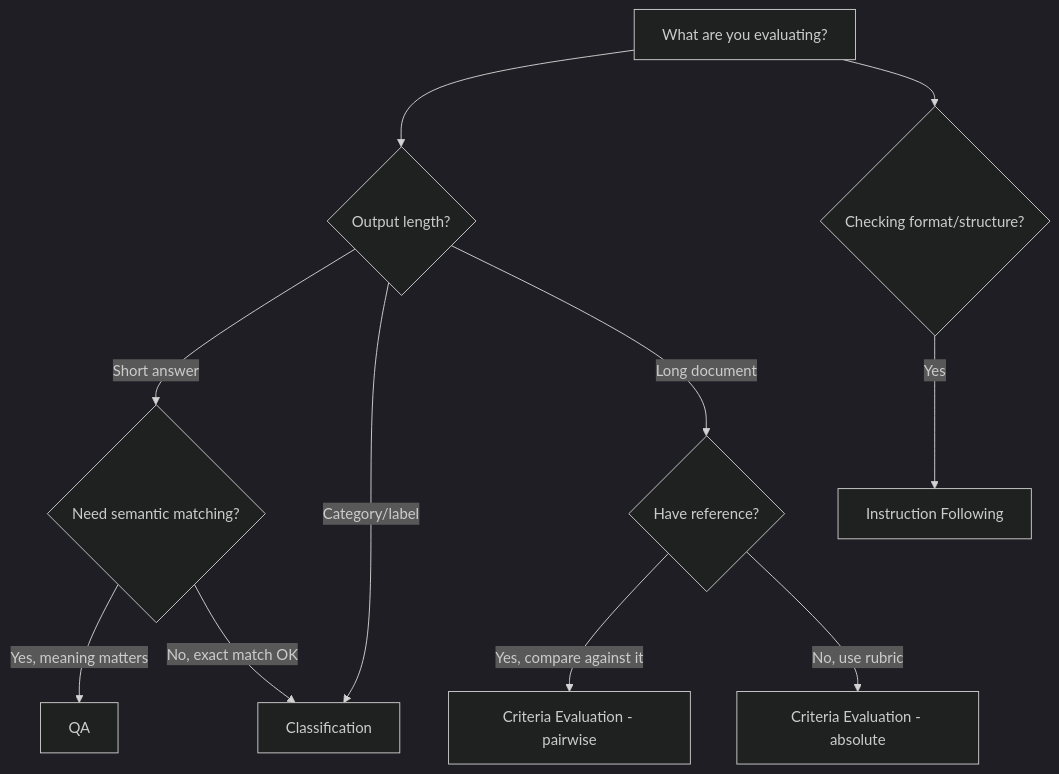
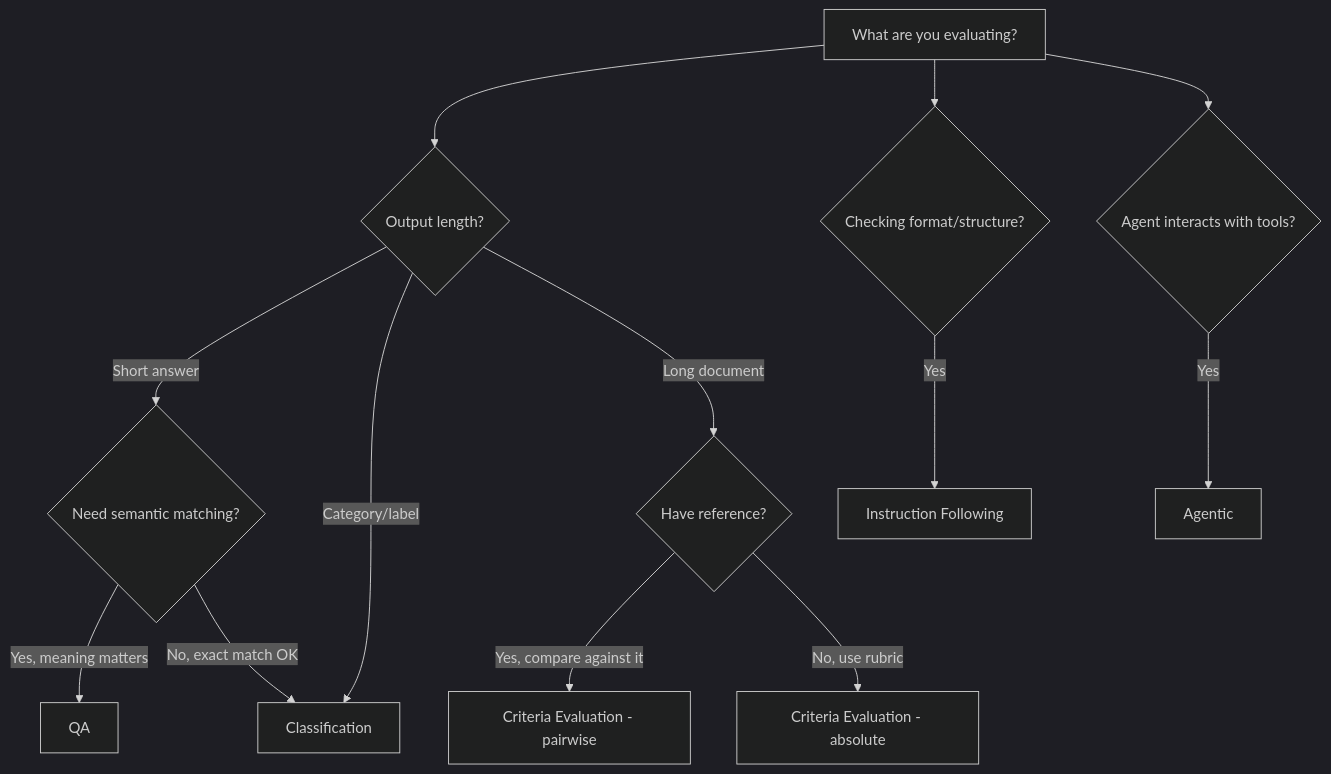
The diagram in docs/task-types/index.md (palace-ai/palace-eval), drawn with Mermaid (dark theme) before and after one commit. The commit also changed other lines of this file and 21 other files, not shown here.

````diff
--- a/docs/task-types/index.md
+++ b/docs/task-types/index.md
@@ -86,13 +102,15 @@
 ```mermaid
 flowchart TD
     A[What are you evaluating?] --> B{Output length?}
     B -->|Short answer| C{Need semantic matching?}
     B -->|Category/label| D[Classification]
     B -->|Long document| E{Have reference?}
     C -->|Yes, meaning matters| F[QA]
     C -->|No, exact match OK| D
     E -->|Yes, compare against it| G[Criteria Evaluation - pairwise]
     E -->|No, use rubric| H[Criteria Evaluation - absolute]
     A --> I{Checking format/structure?}
     I -->|Yes| J[Instruction Following]
+    A --> K{Agent interacts with tools?}
+    K -->|Yes| L[Agentic]
 ```
````
